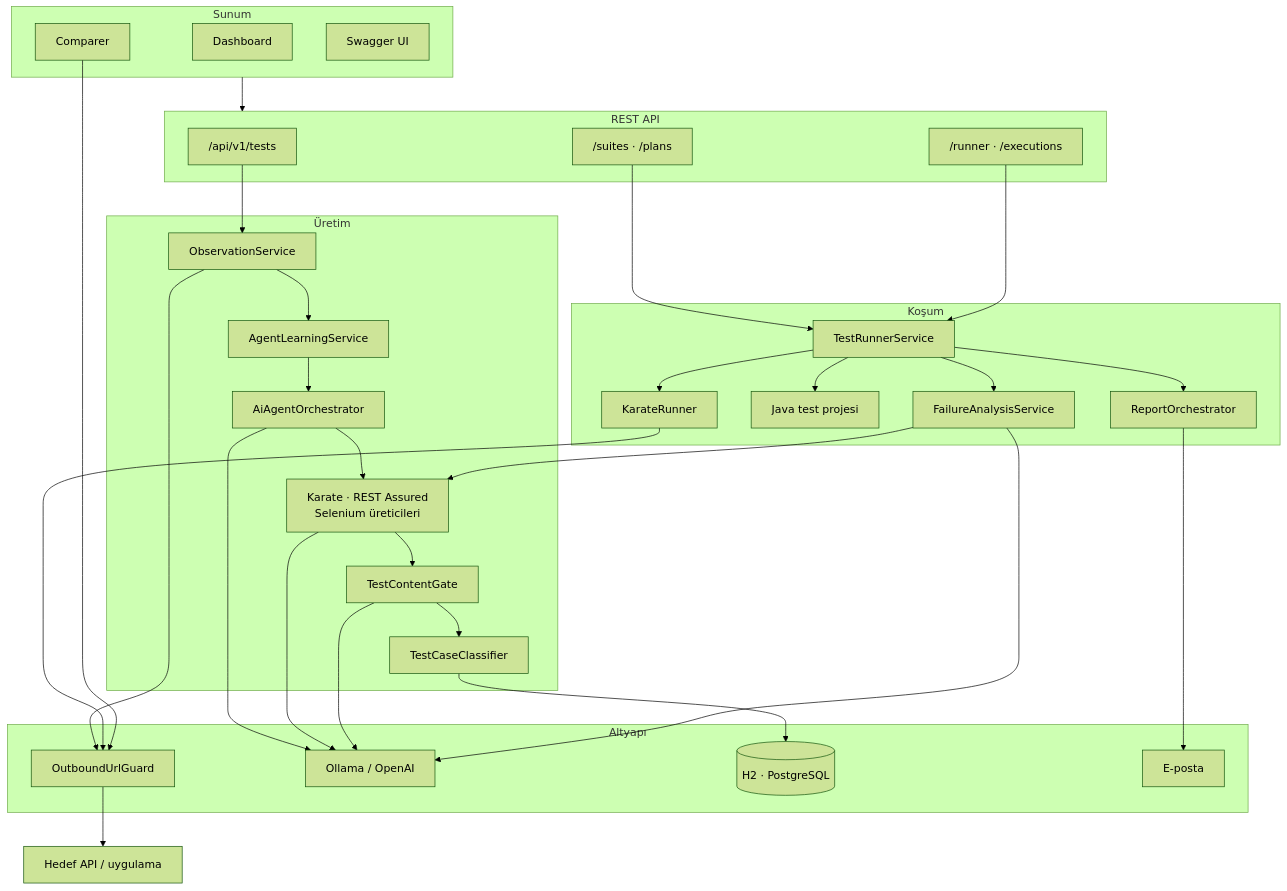
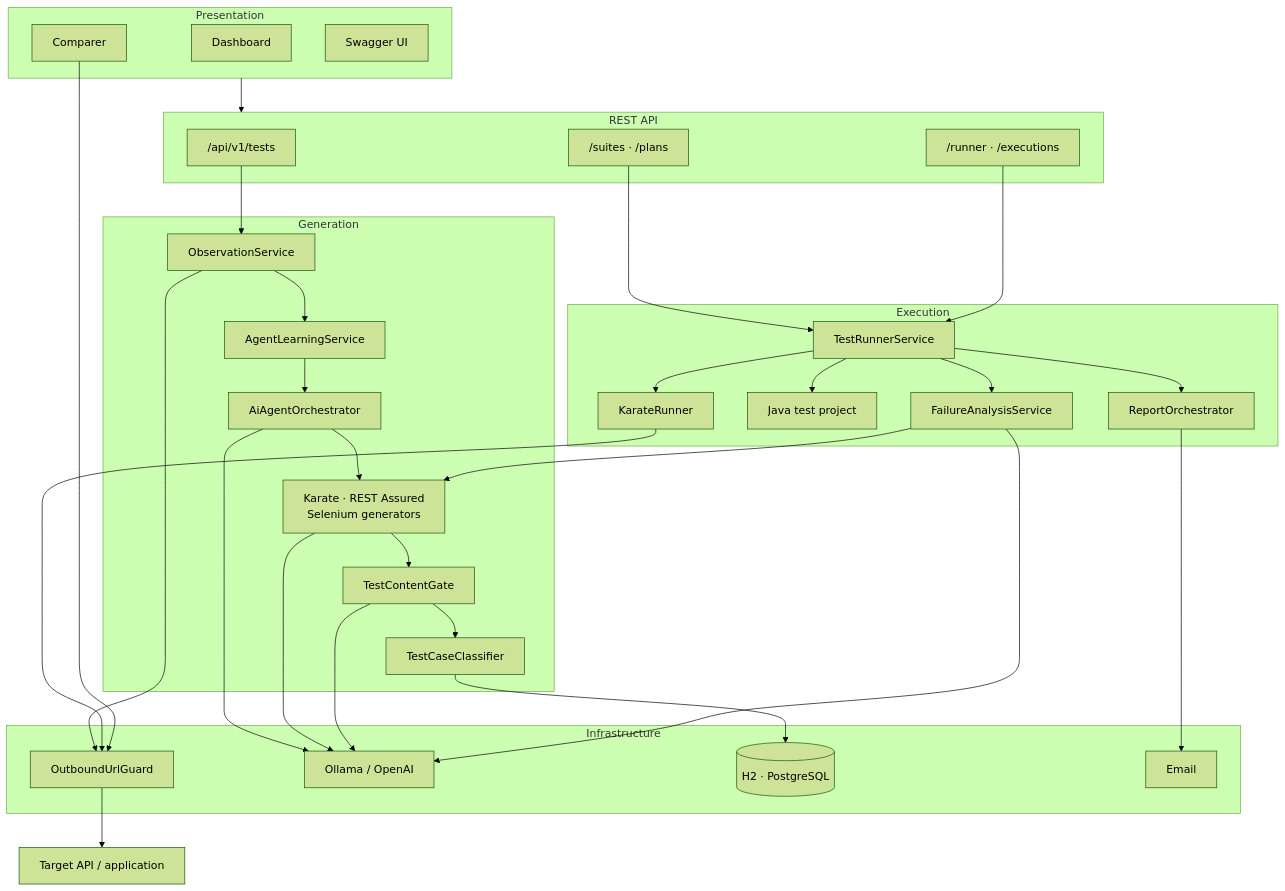
The first of 4 diagrams in README.md (onurkavutlu/ai-test-generator), drawn with Mermaid (forest theme) before and after one commit. The commit also changed other lines of this file and 19 other files, not shown here.

````diff
--- a/README.md
+++ b/README.md
@@ -116,48 +122,48 @@
 ```mermaid
 flowchart TB
-    subgraph Arayuz["Sunum"]
+    subgraph UI["Presentation"]
         DASH["Dashboard"]
         CMP["Comparer"]
         SWG["Swagger UI"]
     end
 
     subgraph API["REST API"]
         GEN_API["/api/v1/tests"]
         SUITE_API["/suites · /plans"]
         RUN_API["/runner · /executions"]
     end
 
-    subgraph Uretim["Üretim"]
+    subgraph GENERATION["Generation"]
         OBS["ObservationService"]
         LEARN["AgentLearningService"]
         ORCH["AiAgentOrchestrator"]
-        GENS["Karate · REST Assured<br/>Selenium üreticileri"]
+        GENS["Karate · REST Assured<br/>Selenium generators"]
         GATE["TestContentGate"]
         CLS["TestCaseClassifier"]
     end
 
-    subgraph Kosum["Koşum"]
+    subgraph EXECUTION["Execution"]
         RUNNER["TestRunnerService"]
         KRUN["KarateRunner"]
-        JPROJ["Java test projesi"]
+        JPROJ["Java test project"]
         REPORT["ReportOrchestrator"]
         HEAL["FailureAnalysisService"]
     end
 
-    subgraph Altyapi["Altyapı"]
+    subgraph INFRA["Infrastructure"]
         GUARD["OutboundUrlGuard"]
         LLM["Ollama / OpenAI"]
         DB[("H2 · PostgreSQL")]
-        MAIL["E-posta"]
+        MAIL["Email"]
     end
 
-    Arayuz --> API
+    UI --> API
     GEN_API --> OBS --> LEARN --> ORCH --> GENS --> GATE --> CLS --> DB
     SUITE_API --> RUNNER
     RUN_API --> RUNNER
     RUNNER --> KRUN & JPROJ
     RUNNER --> REPORT --> MAIL
     RUNNER --> HEAL --> GENS
     ORCH & GENS & GATE & HEAL --> LLM
-    OBS & KRUN & CMP --> GUARD --> HEDEF["Hedef API / uygulama"]
+    OBS & KRUN & CMP --> GUARD --> TARGET["Target API / application"]
 ```
````
